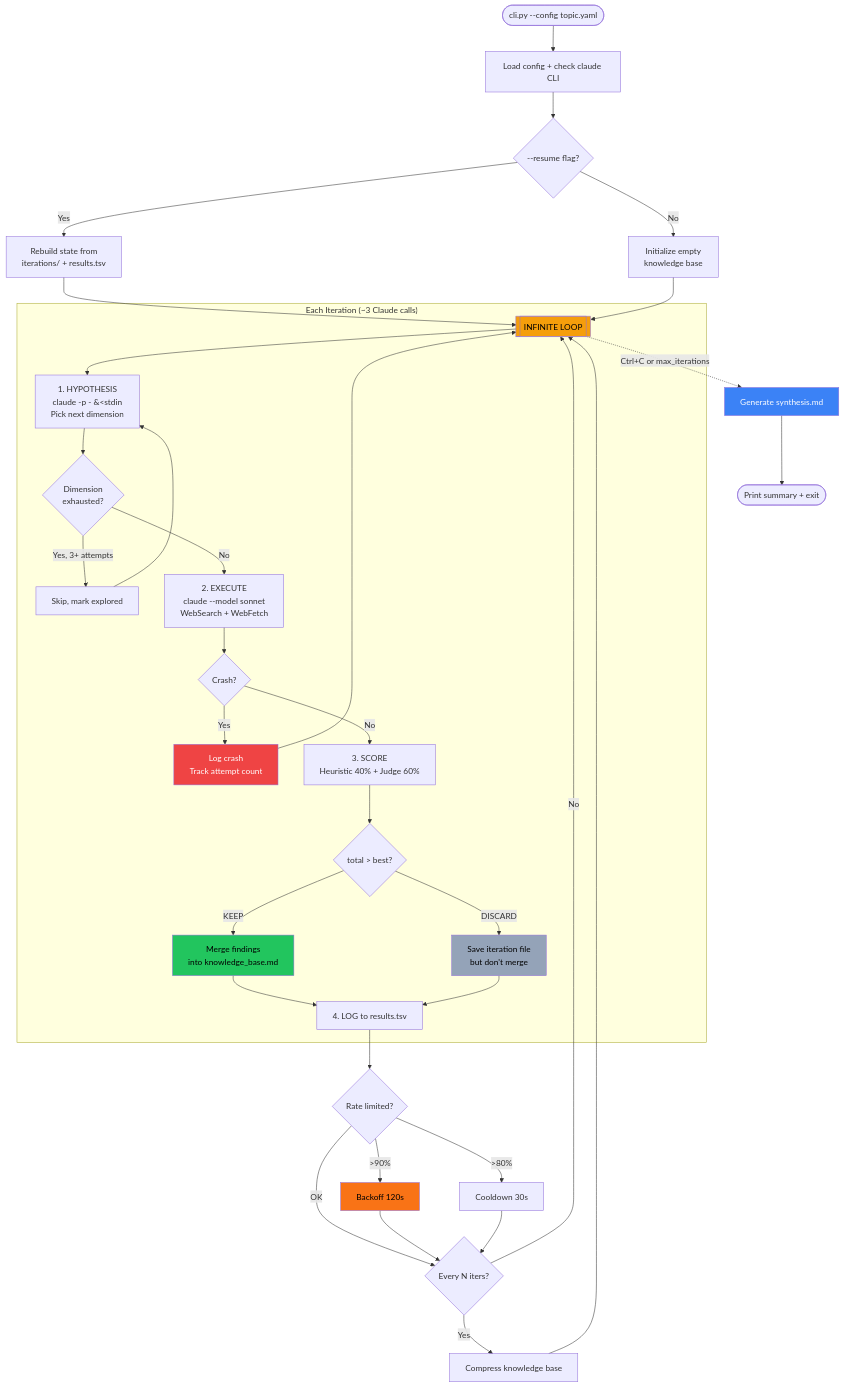
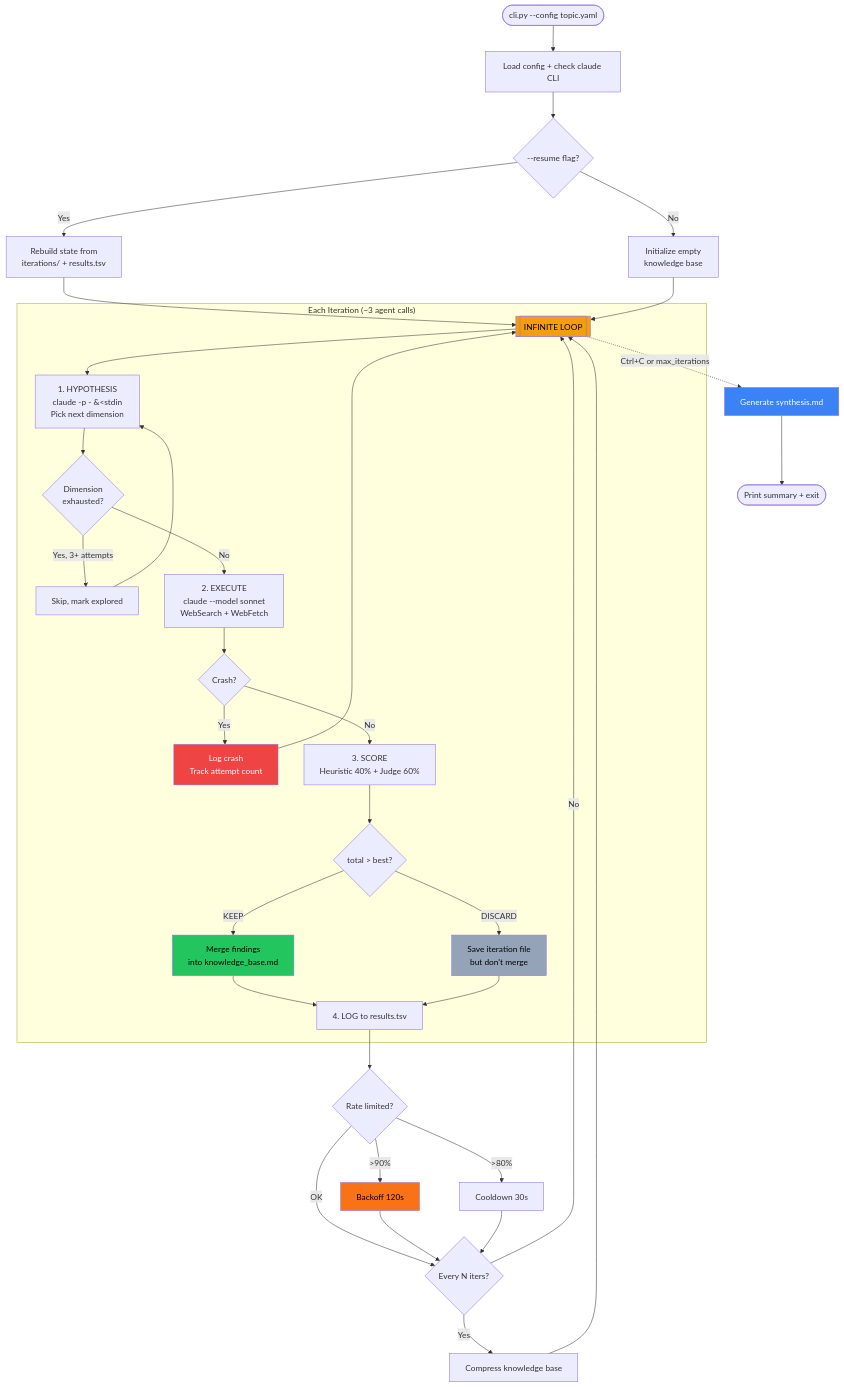
One commit to josefigueredo/auto-research changed the first of 4 diagrams in README.md. Above: the diagram before and after it, drawn with Mermaid. The commit also changed other lines of this file and 1 other file, not shown here.

````diff
--- a/README.md
+++ b/README.md
@@ -32,52 +32,52 @@
 ```mermaid
 flowchart TD
     START([cli.py --config topic.yaml]) --> INIT[Load config + check claude CLI]
     INIT --> CHECK{--resume flag?}
     CHECK -->|Yes| RESUME[Rebuild state from<br>iterations/ + results.tsv]
     CHECK -->|No| FRESH[Initialize empty<br>knowledge base]
     RESUME --> LOOP
     FRESH --> LOOP
 
     LOOP[[INFINITE LOOP]] --> HYPO
 
-    subgraph ITERATION ["Each Iteration (~3 Claude calls)"]
+    subgraph ITERATION ["Each Iteration (~3 agent calls)"]
         HYPO[1. HYPOTHESIS<br>claude -p - &#60;stdin<br>Pick next dimension]
         HYPO --> EXHAUST{Dimension<br>exhausted?}
         EXHAUST -->|Yes, 3+ attempts| SKIP_DIM[Skip, mark explored]
         EXHAUST -->|No| EXEC
         SKIP_DIM --> HYPO
         EXEC[2. EXECUTE<br>claude --model sonnet<br>WebSearch + WebFetch]
         EXEC --> CRASH{Crash?}
         CRASH -->|Yes| LOG_CRASH[Log crash<br>Track attempt count]
         CRASH -->|No| SCORE
         LOG_CRASH --> LOOP
         SCORE[3. SCORE<br>Heuristic 40% + Judge 60%]
         SCORE --> DECIDE{total > best?}
         DECIDE -->|KEEP| MERGE[Merge findings<br>into knowledge_base.md]
         DECIDE -->|DISCARD| SAVE[Save iteration file<br>but don't merge]
         MERGE --> LOG
         SAVE --> LOG
         LOG[4. LOG to results.tsv]
     end
 
     LOG --> RATE{Rate limited?}
     RATE -->|>90%| WAIT_LONG[Backoff 120s]
     RATE -->|>80%| WAIT_SHORT[Cooldown 30s]
     RATE -->|OK| COMPRESS
     WAIT_LONG --> COMPRESS
     WAIT_SHORT --> COMPRESS
     COMPRESS{Every N iters?}
     COMPRESS -->|Yes| SHRINK[Compress knowledge base]
     COMPRESS -->|No| LOOP
     SHRINK --> LOOP
 
     LOOP -.->|Ctrl+C or max_iterations| SYNTH[Generate synthesis.md]
     SYNTH --> DONE([Print summary + exit])
 
     style LOOP fill:#f59e0b,color:#000
     style MERGE fill:#22c55e,color:#000
     style SAVE fill:#94a3b8,color:#000
     style LOG_CRASH fill:#ef4444,color:#fff
     style SYNTH fill:#3b82f6,color:#fff
     style WAIT_LONG fill:#f97316,color:#000
 ```
````
